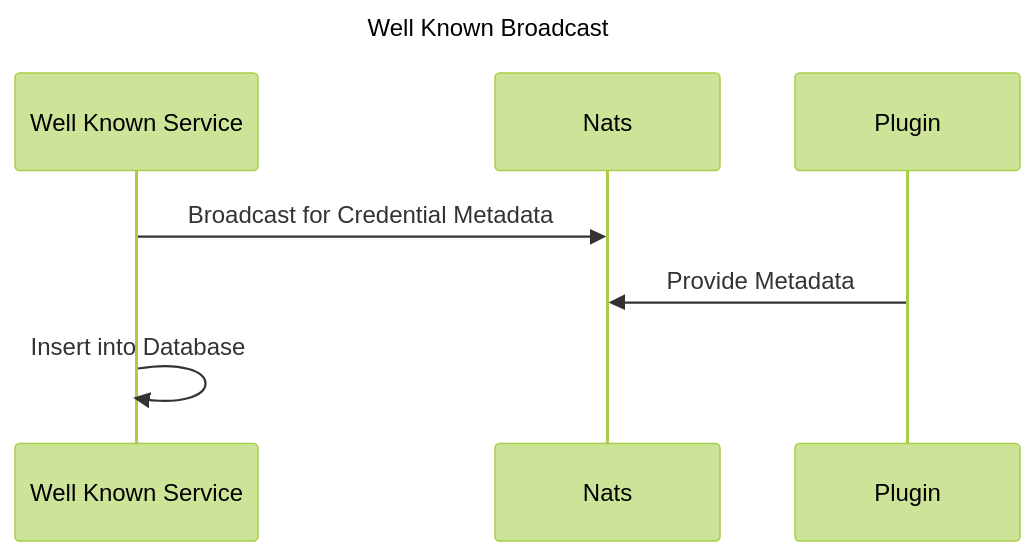
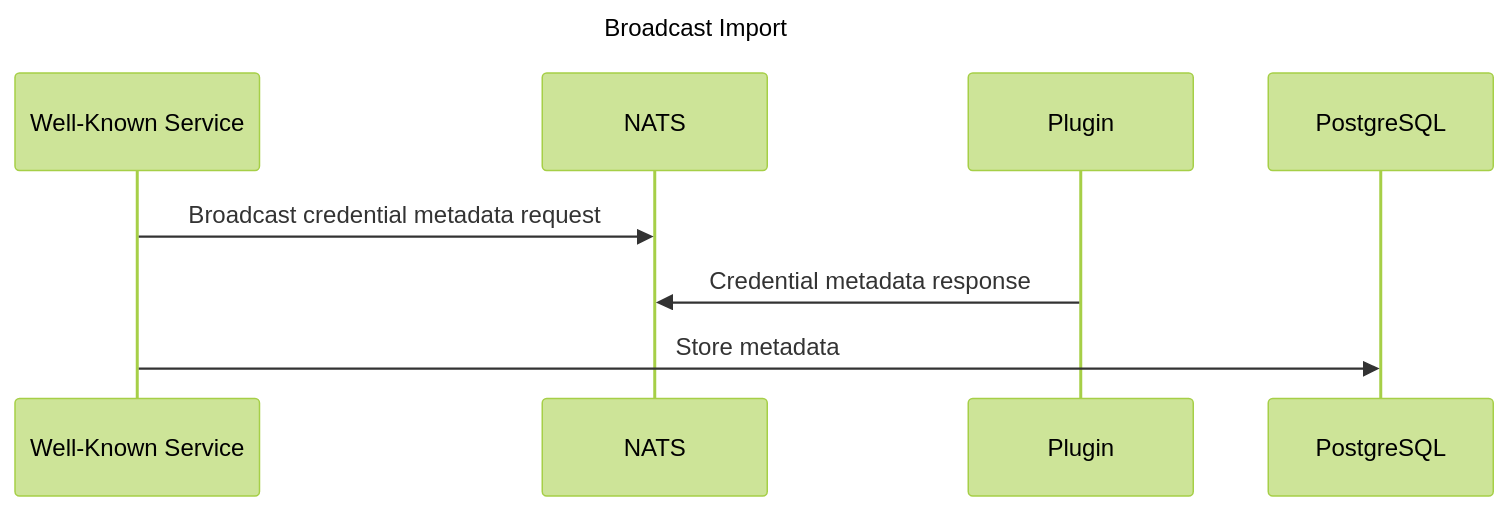
Before and after one commit to eclipse-xfsc/oid4-vci-vp-well-known-service: the second of 3 diagrams in README.md, drawn with Mermaid (forest theme). The commit also changed other lines of this file and 4 other files, not shown here.

````diff
--- a/README.md
+++ b/README.md
@@ -9,7 +36,8 @@
 ```mermaid
 sequenceDiagram
-title Well Known Broadcast
-Well Known Service->>Nats: Broadcast for Credential Metadata
-Plugin->>Nats: Provide Metadata
-Well Known Service ->> Well Known Service: Insert into Database
+title Broadcast Import
+
+Well-Known Service->>NATS: Broadcast credential metadata request
+Plugin->>NATS: Credential metadata response
+Well-Known Service->>PostgreSQL: Store metadata
 ```
````
